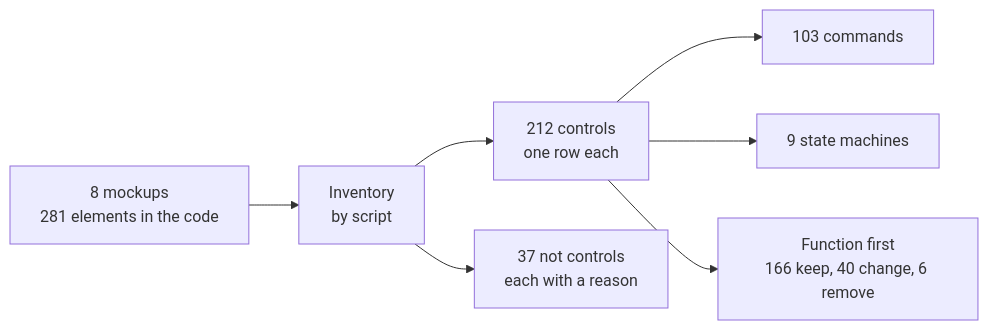
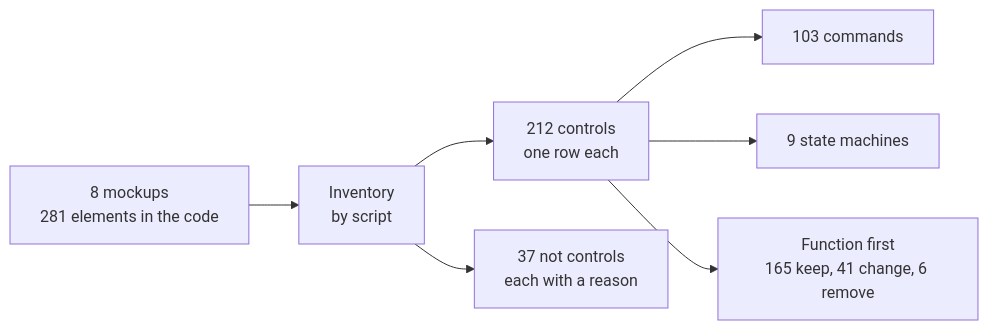
One commit to abossard/bossylights changed the first of 10 diagrams in docs/design/controls.md. Above: the diagram before and after it, drawn with Mermaid. The commit also changed other lines of this file and 14 other files, not shown here.

````diff
--- a/docs/design/controls.md
+++ b/docs/design/controls.md
@@ -6,9 +6,9 @@
 ```mermaid
 flowchart LR
   M["8 mockups<br/>281 elements in the code"] --> I["Inventory<br/>by script"]
   I --> R["212 controls<br/>one row each"]
   I --> N["37 not controls<br/>each with a reason"]
   R --> C["103 commands"]
   R --> S["9 state machines"]
-  R --> F["Function first<br/>166 keep, 40 change, 6 remove"]
+  R --> F["Function first<br/>165 keep, 41 change, 6 remove"]
 ```
````
